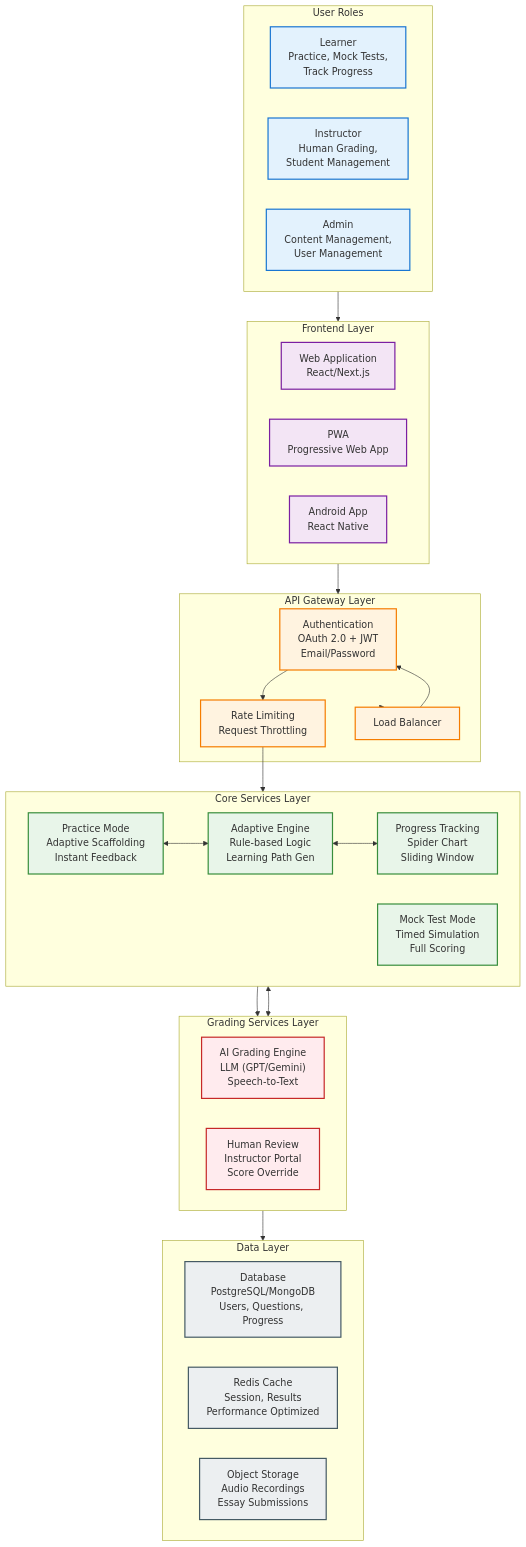
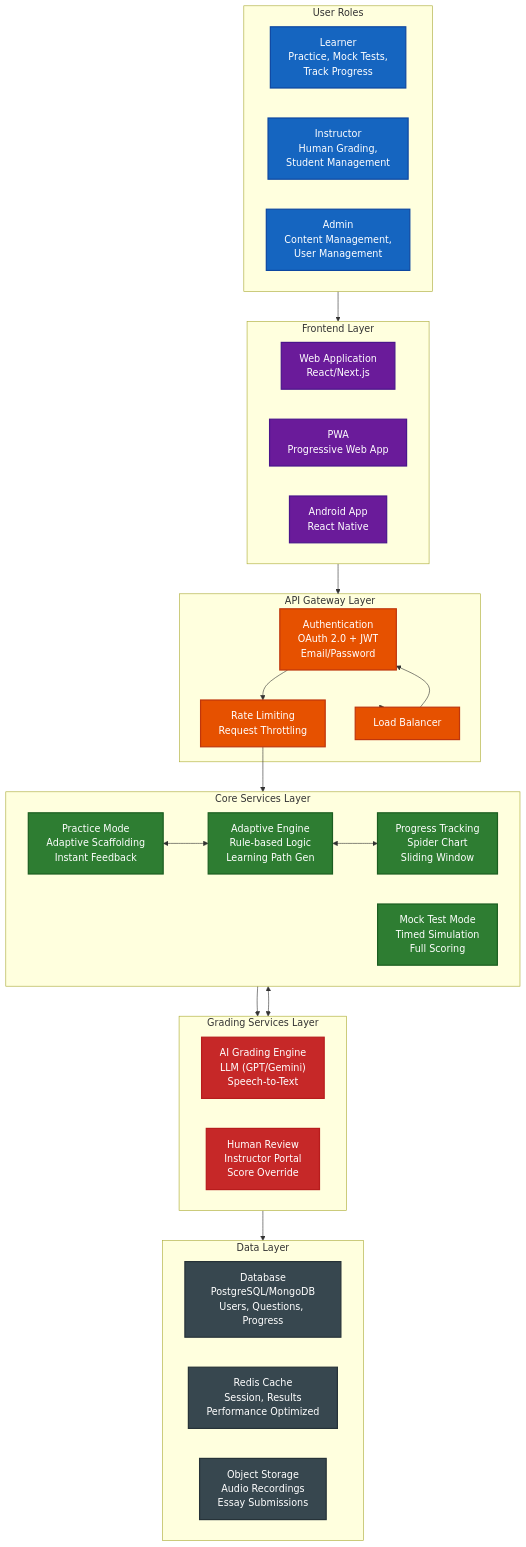
The first of 8 diagrams in docs/capstone/diagrams/flow-diagrams.md (nghyane/VSTEP), drawn with Mermaid before and after one commit. The commit also changed other lines of this file, not shown here.

First line of the commit message:
docs: update Mermaid diagram colors for better GitHub contrast

````diff
--- a/docs/capstone/diagrams/flow-diagrams.md
+++ b/docs/capstone/diagrams/flow-diagrams.md
@@ -11,67 +11,67 @@
 ```mermaid
 flowchart TB
     subgraph Users["User Roles"]
         learner["Learner<br/>Practice, Mock Tests,<br/>Track Progress"]
         instructor["Instructor<br/>Human Grading,<br/>Student Management"]
         admin["Admin<br/>Content Management,<br/>User Management"]
     end
 
     subgraph Frontend["Frontend Layer"]
         web["Web Application<br/>React/Next.js"]
         pwa["PWA<br/>Progressive Web App"]
         mobile["Android App<br/>React Native"]
     end
 
     subgraph Gateway["API Gateway Layer"]
         auth["Authentication<br/>OAuth 2.0 + JWT<br/>Email/Password"]
         rate["Rate Limiting<br/>Request Throttling"]
         load["Load Balancer"]
     end
 
     subgraph Core["Core Services Layer"]
         practice["Practice Mode<br/>Adaptive Scaffolding<br/>Instant Feedback"]
         mocktest["Mock Test Mode<br/>Timed Simulation<br/>Full Scoring"]
         adaptive["Adaptive Engine<br/>Rule-based Logic<br/>Learning Path Gen"]
         progress["Progress Tracking<br/>Spider Chart<br/>Sliding Window"]
     end
 
     subgraph Grading["Grading Services Layer"]
         ai["AI Grading Engine<br/>LLM (GPT/Gemini)<br/>Speech-to-Text"]
         human["Human Review<br/>Instructor Portal<br/>Score Override"]
     end
 
     subgraph Data["Data Layer"]
         db["Database<br/>PostgreSQL/MongoDB<br/>Users, Questions, Progress"]
         cache["Redis Cache<br/>Session, Results<br/>Performance Optimized"]
         storage["Object Storage<br/>Audio Recordings<br/>Essay Submissions"]
     end
 
     %% Relationships
     Users --> Frontend
     Frontend --> Gateway
     Gateway --> load
     load --> auth
     auth --> rate
     rate --> Core
     Core --> Grading
     Grading --> Data
     
     Core <--> Grading
     practice <--> adaptive
     adaptive <--> progress
 
     %% Styling
-    classDef users fill:#e3f2fd,stroke:#1976d2,stroke-width:2px
-    classDef frontend fill:#f3e5f5,stroke:#7b1fa2,stroke-width:2px
-    classDef gateway fill:#fff3e0,stroke:#f57c00,stroke-width:2px
-    classDef core fill:#e8f5e9,stroke:#388e3c,stroke-width:2px
-    classDef grading fill:#ffebee,stroke:#c62828,stroke-width:2px
-    classDef data fill:#eceff1,stroke:#455a64,stroke-width:2px
+    classDef users fill:#1565c0,stroke:#0d47a1,stroke-width:2px,color:#fff
+    classDef frontend fill:#6a1b9a,stroke:#4a148c,stroke-width:2px,color:#fff
+    classDef gateway fill:#e65100,stroke:#bf360c,stroke-width:2px,color:#fff
+    classDef core fill:#2e7d32,stroke:#1b5e20,stroke-width:2px,color:#fff
+    classDef grading fill:#c62828,stroke:#b71c1c,stroke-width:2px,color:#fff
+    classDef data fill:#37474f,stroke:#263238,stroke-width:2px,color:#fff
 
     class learner,instructor,admin users
     class web,pwa,mobile frontend
     class auth,rate,load gateway
     class practice,mocktest,adaptive,progress core
     class ai,human grading
     class db,cache,storage data
 ```
````
